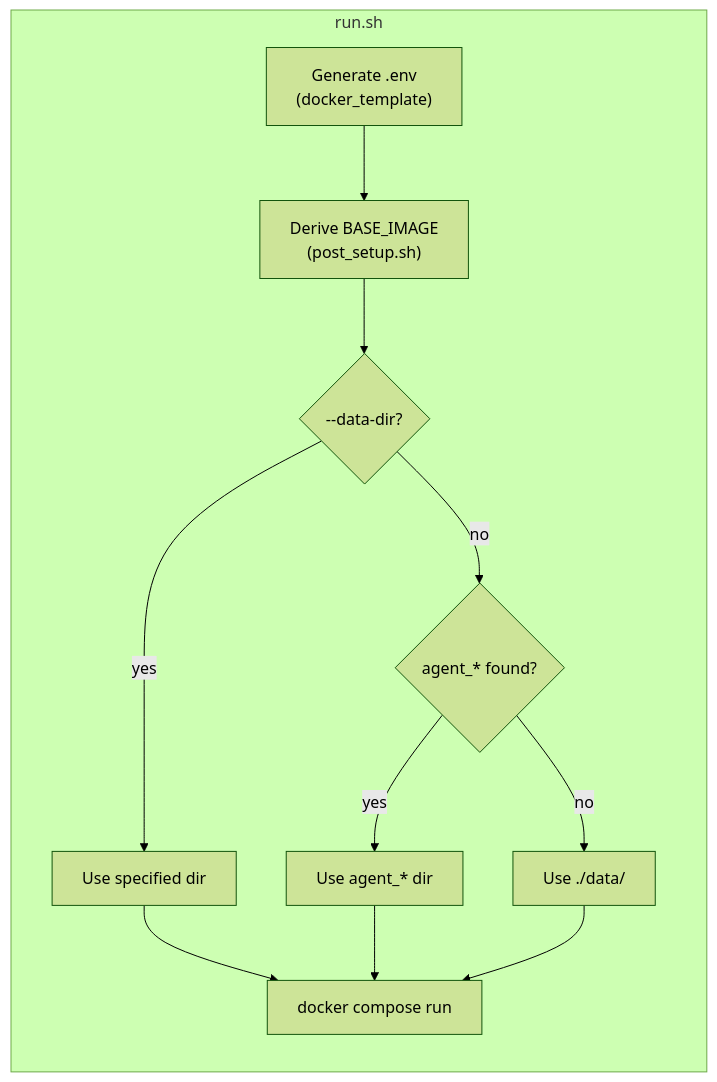
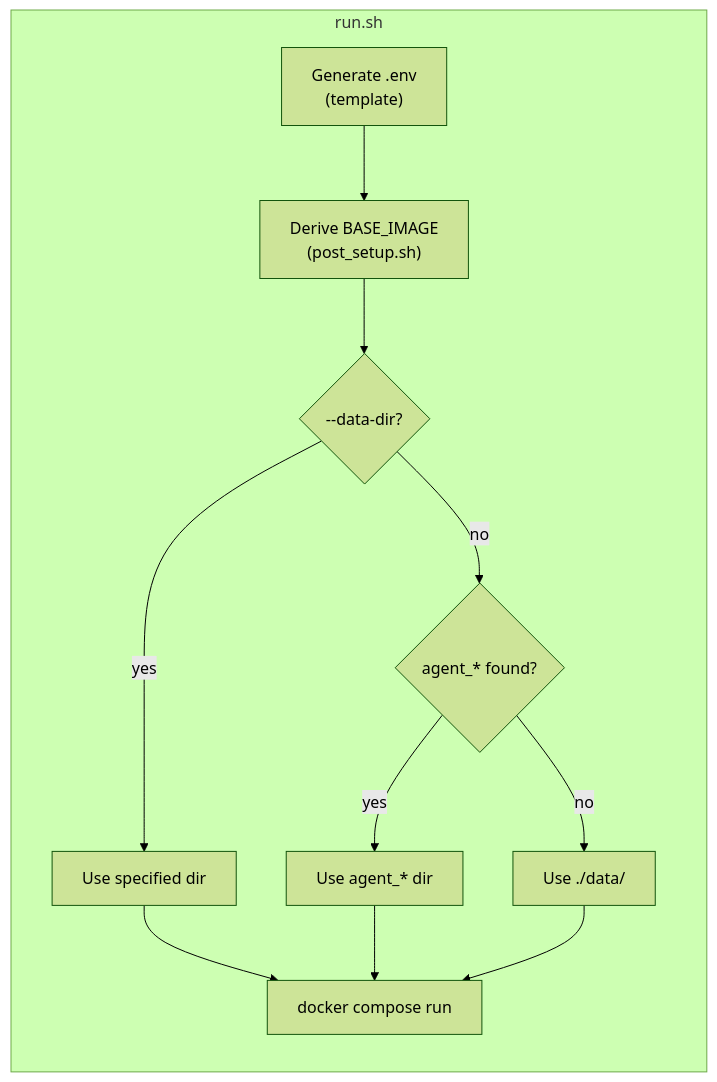
The third of 3 diagrams in README.md (ycpss91255-docker/ai_agent), drawn with Mermaid (forest theme) before and after one commit. The commit also changed other lines of this file and 21 other files, not shown here.

First line of the commit message:
chore: migrate docker_template/ → template/ (v0.4.1)

````diff
--- a/README.md
+++ b/README.md
@@ -104,14 +104,14 @@
 ```mermaid
 flowchart LR
     subgraph "run.sh"
-        A["Generate .env<br/>(docker_template)"] --> B["Derive BASE_IMAGE<br/>(post_setup.sh)"]
+        A["Generate .env<br/>(template)"] --> B["Derive BASE_IMAGE<br/>(post_setup.sh)"]
         B --> C{"--data-dir?"}
         C -->|yes| D["Use specified dir"]
         C -->|no| E{"agent_* found?"}
         E -->|yes| F["Use agent_* dir"]
         E -->|no| G["Use ./data/"]
         D --> H["docker compose run"]
         F --> H
         G --> H
     end
 ```
````
